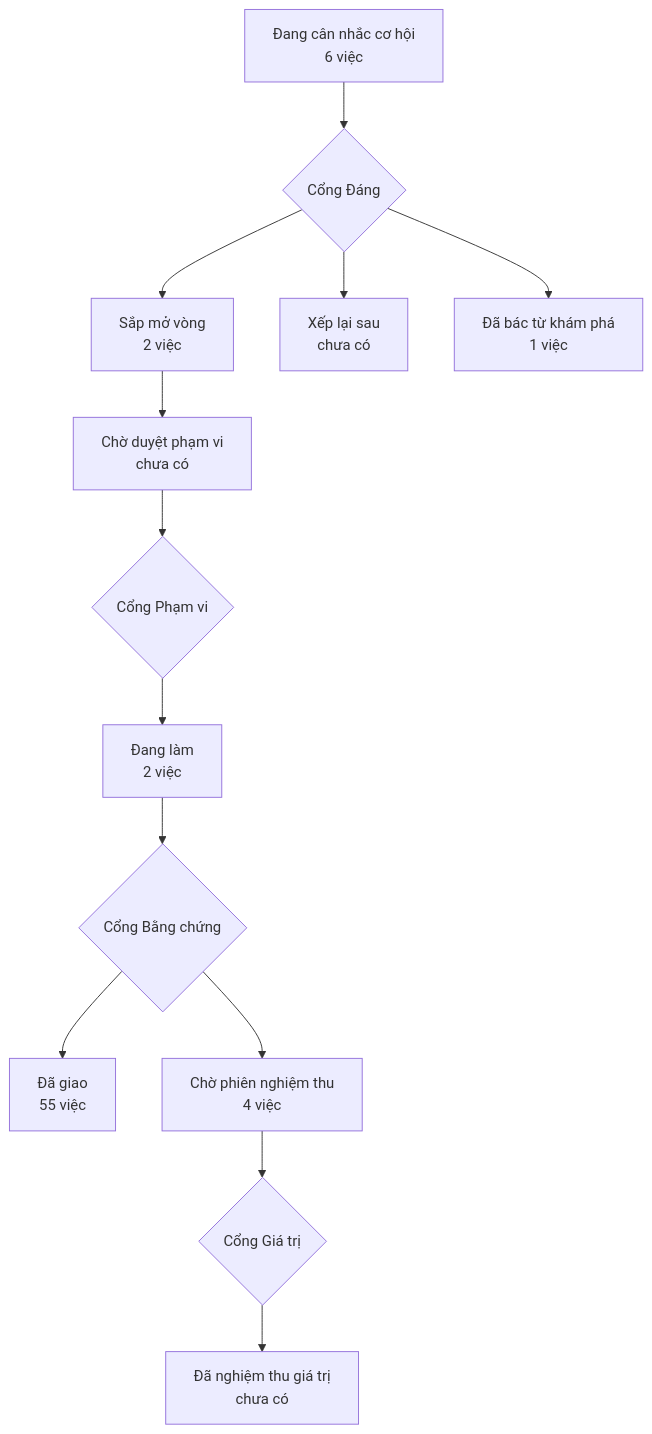
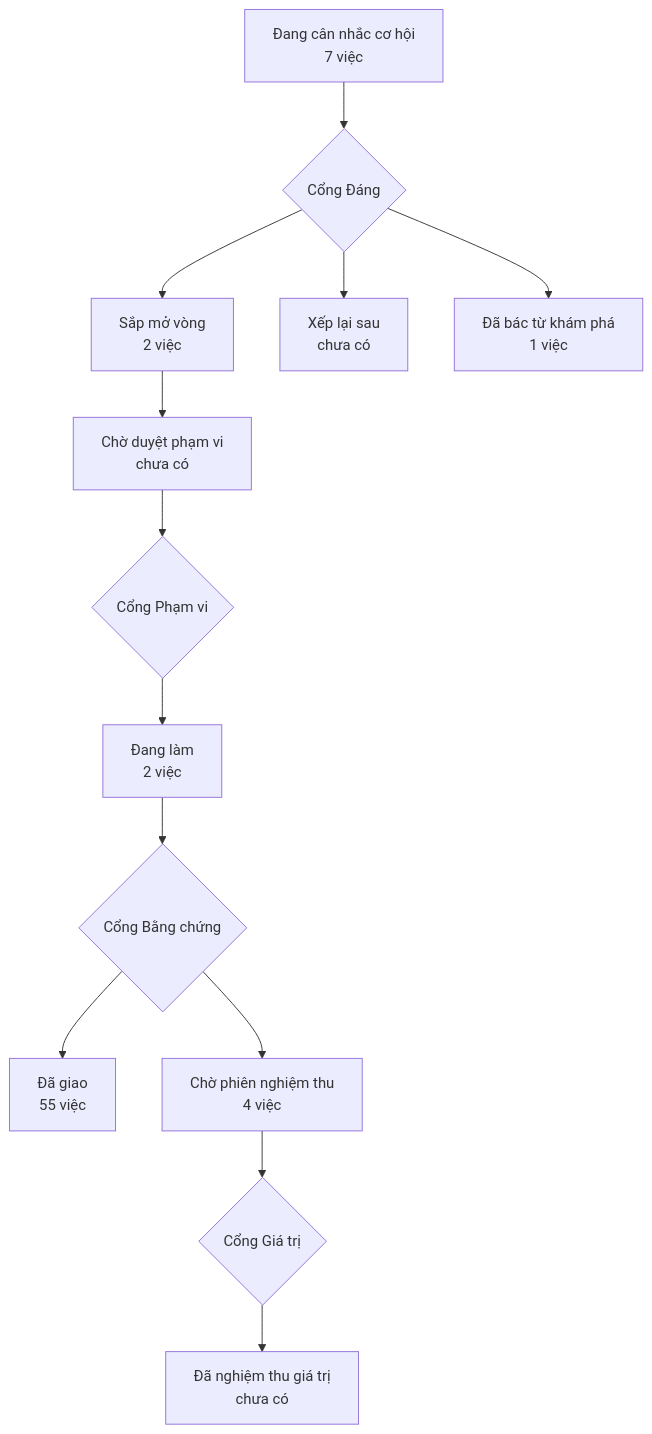
The diagram in PRODUCT-MAP.md (phanlemanh/acceptance-gate-kit), drawn with Mermaid before and after one commit. The commit also changed other lines of this file and 1 other file, not shown here.

Commit message:
opp(hinh-o-moi-cong): nghi thức hình áp cho MỌI cổng dừng-chờ-người
Luật N5 áp cho mọi điểm quyết định, nhưng nghi thức thi hành (khối năm bước
kê·đếm·vẽ·nhìn·đính) chỉ cắm trong mục Cổng Phạm vi: điều kiện chạy viết theo
trạng thái dừng-chờ của cổng đó, bước [1] kê nguồn từ artifact cuối S1, còn
Cổng Bằng chứng và điều khoản dừng-vá không nhắc hình một chữ.

Bằng chứng thực địa: phiên dac-ta-ux-vat-hoa-cau-truc (24/08, 7 vòng) — owner
quyết 4 lượt vượt ngưỡng N5 mà không có hình nào; ba hình cuối phiên chỉ có vì
owner tự đòi. Lớp «ô nuốt luật»: thiếu hình thì không cờ, không ai biết.

Ngưỡng đã khai → ô đứng chờ Cổng Đáng.

````diff
--- a/PRODUCT-MAP.md
+++ b/PRODUCT-MAP.md
@@ -6,12 +6,12 @@
 ```mermaid
 flowchart TD
-  A["Đang cân nhắc cơ hội<br/>6 việc"] --> GD{"Cổng Đáng"}
+  A["Đang cân nhắc cơ hội<br/>7 việc"] --> GD{"Cổng Đáng"}
   GD --> B["Sắp mở vòng<br/>2 việc"]
   GD --> XL["Xếp lại sau<br/>chưa có"]
   GD --> DB["Đã bác từ khám phá<br/>1 việc"]
   B --> CD["Chờ duyệt phạm vi<br/>chưa có"] --> GP{"Cổng Phạm vi"}
   GP --> DL["Đang làm<br/>2 việc"] --> GB{"Cổng Bằng chứng"}
   GB --> DG["Đã giao<br/>55 việc"]
   GB --> CN["Chờ phiên nghiệm thu<br/>4 việc"] --> GG{"Cổng Giá trị"}
   GG --> NT["Đã nghiệm thu giá trị<br/>chưa có"]
 ```
````
